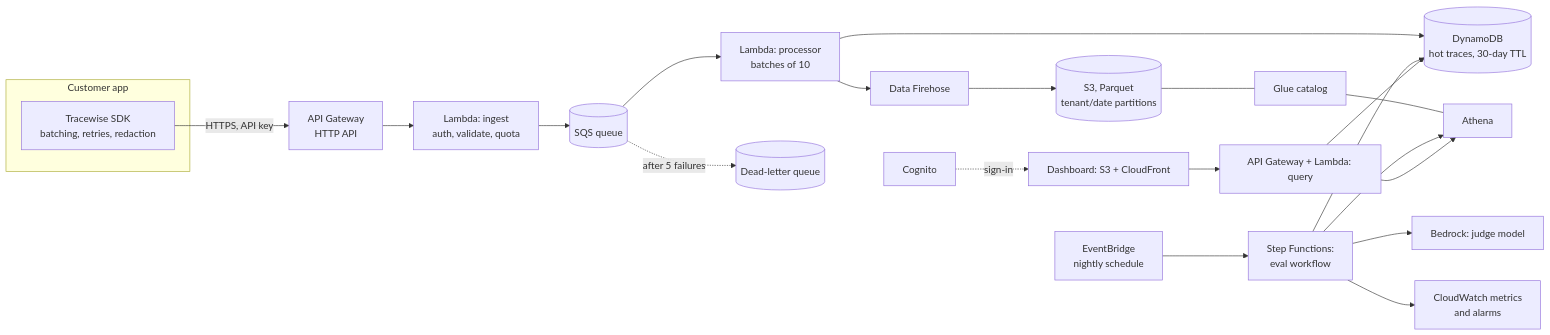
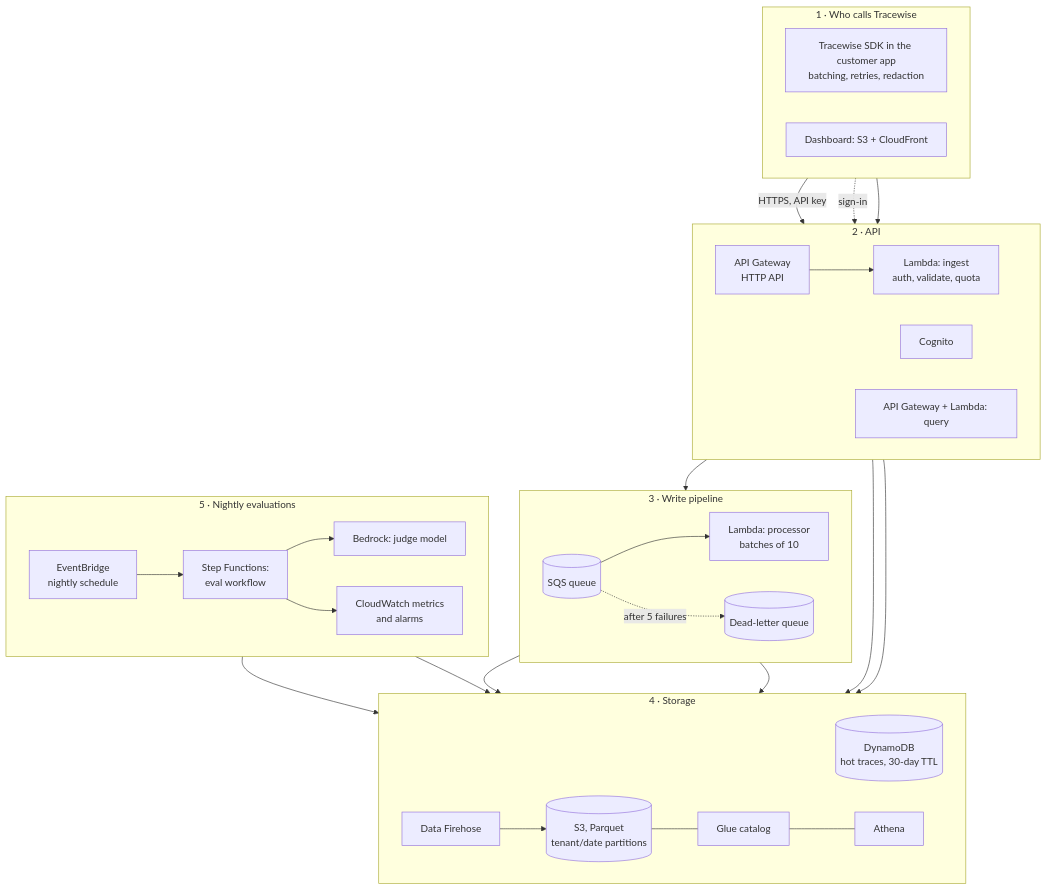
One commit to zaiby83/tracewise changed the diagram in docs/design.md. Above: the diagram before and after it, drawn with Mermaid. The commit also changed 1 other file, not shown here.

Commit message:
Redraw the architecture diagrams top to bottom in numbered tiers

````diff
--- a/docs/design.md
+++ b/docs/design.md
@@ -34,24 +34,62 @@
 ```mermaid
-flowchart LR
-    subgraph Customer app
-        SDK[Tracewise SDK<br/>batching, retries, redaction]
+flowchart TB
+    subgraph callers["1 · Who calls Tracewise"]
+        direction LR
+        SDK[Tracewise SDK in the customer app<br/>batching, retries, redaction]
+        DASH[Dashboard: S3 + CloudFront]
     end
-    SDK -->|HTTPS, API key| APIGW[API Gateway<br/>HTTP API]
-    APIGW --> ING[Lambda: ingest<br/>auth, validate, quota]
-    ING --> SQS[(SQS queue)]
-    SQS --> PROC[Lambda: processor<br/>batches of 10]
-    SQS -.after 5 failures.-> DLQ[(Dead-letter queue)]
-    PROC --> DDB[(DynamoDB<br/>hot traces, 30-day TTL)]
-    PROC --> FH[Data Firehose]
-    FH --> S3[(S3, Parquet<br/>tenant/date partitions)]
-    S3 --- GLUE[Glue catalog] --- ATH[Athena]
-    EB[EventBridge<br/>nightly schedule] --> SFN[Step Functions:<br/>eval workflow]
-    SFN --> ATH
-    SFN --> BR[Bedrock: judge model]
-    SFN --> DDB
-    SFN --> CW[CloudWatch metrics<br/>and alarms]
-    DASH[Dashboard: S3 + CloudFront] --> QAPI[API Gateway + Lambda: query]
+
+    subgraph api["2 · API"]
+        direction LR
+        APIGW[API Gateway<br/>HTTP API]
+        COG[Cognito]
+        ING[Lambda: ingest<br/>auth, validate, quota]
+        QAPI[API Gateway + Lambda: query]
+    end
+
+    subgraph pipeline["3 · Write pipeline"]
+        direction LR
+        SQS[(SQS queue)]
+        DLQ[(Dead-letter queue)]
+        PROC[Lambda: processor<br/>batches of 10]
+    end
+
+    subgraph storage["4 · Storage"]
+        direction LR
+        DDB[(DynamoDB<br/>hot traces, 30-day TTL)]
+        FH[Data Firehose]
+        S3[(S3, Parquet<br/>tenant/date partitions)]
+        GLUE[Glue catalog]
+        ATH[Athena]
+    end
+
+    subgraph evals["5 · Nightly evaluations"]
+        direction LR
+        EB[EventBridge<br/>nightly schedule]
+        SFN[Step Functions:<br/>eval workflow]
+        BR[Bedrock: judge model]
+        CW[CloudWatch metrics<br/>and alarms]
+    end
+
+    SDK -->|HTTPS, API key| APIGW
+    APIGW --> ING
+    DASH -.sign-in.-> COG
+    DASH --> QAPI
+
+    ING --> SQS
+    SQS --> PROC
+    SQS -.after 5 failures.-> DLQ
+    PROC --> DDB
+    PROC --> FH
+    FH --> S3
+    S3 --- GLUE --- ATH
+
     QAPI --> DDB
     QAPI --> ATH
-    COG[Cognito] -.sign-in.-> DASH
+
+    EB --> SFN
+    SFN --> ATH
+    SFN --> BR
+    SFN --> DDB
+    SFN --> CW
 ```
````
